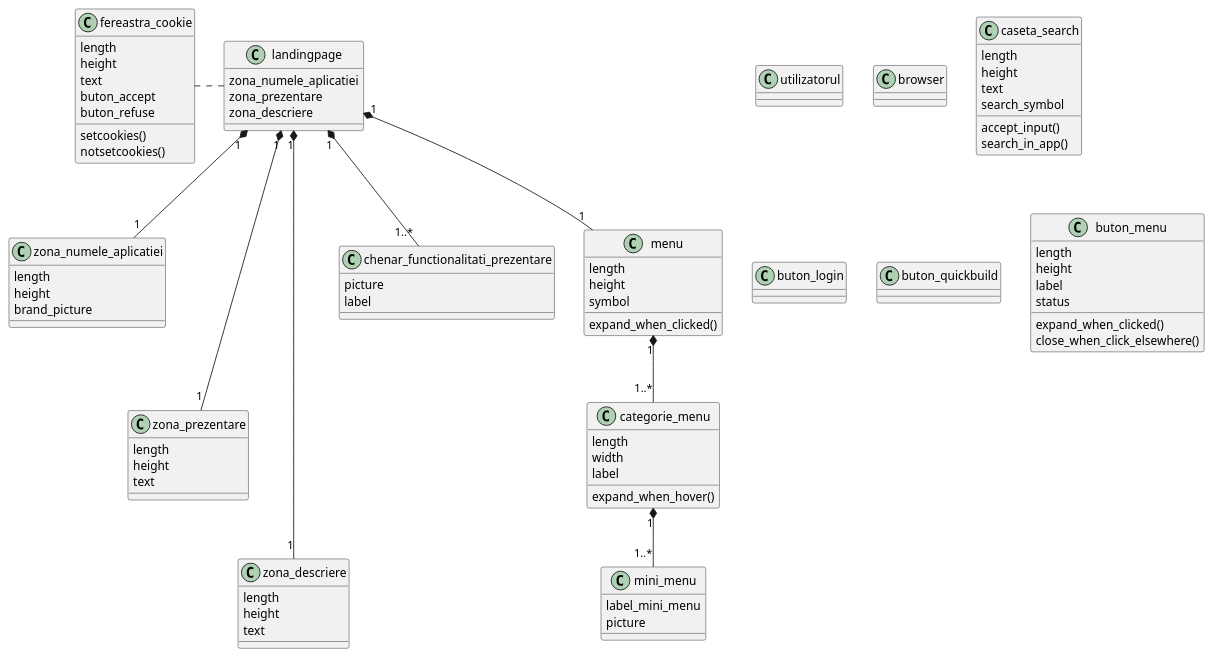
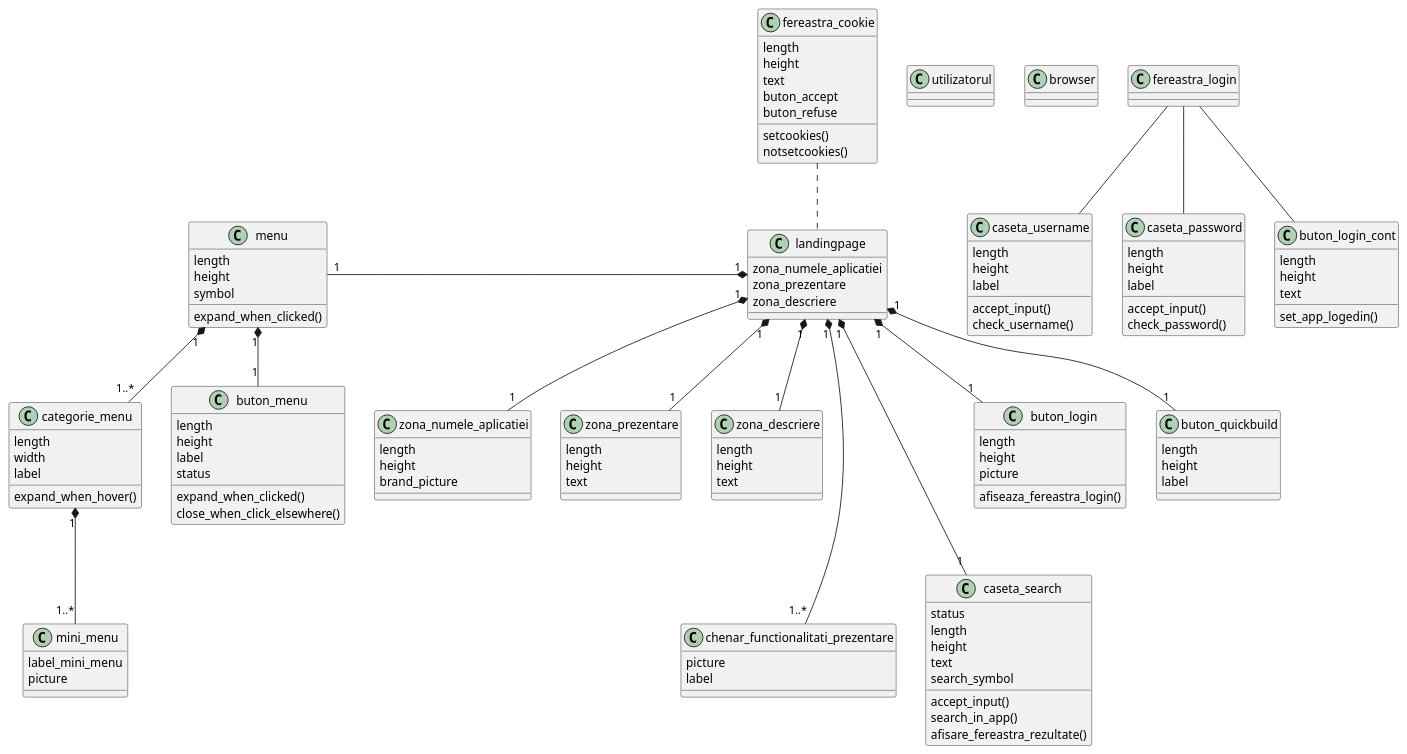
The diagram in ClassDiag2.puml (mih1tm/APP_PROTOTIP), drawn with PlantUML before and after one commit.

```diff
--- a/ClassDiag2.puml
+++ b/ClassDiag2.puml
@@ -1,119 +1,176 @@
 @startuml
 'https://plantuml.com/class-diagram
 
 class utilizatorul
 class browser
 class landingpage
 class zona_numele_aplicatiei
 class zona_prezentare
 class zona_descriere
 class fereastra_cookie
 class chenar_functionalitati_prezentare
 
 class menu
 class categorie_menu
 class mini_menu
 
 class caseta_search
 class buton_login
 class buton_quickbuild
 
-landingpage "1" *-- "1..*" chenar_functionalitati_prezentare
-landingpage ...left... fereastra_cookie
-landingpage "1" *-- "1" zona_numele_aplicatiei
-landingpage "1" *--- "1" zona_prezentare
-landingpage "1" *---- "1" zona_descriere
-landingpage "1" *-- "1" menu
+class fereastra_login
+class caseta_username
+class caseta_password
+class buton_login_cont
+
+landingpage "1" *--- "1..*" chenar_functionalitati_prezentare
+landingpage .up. fereastra_cookie
+landingpage "1" *-down- "1" zona_numele_aplicatiei
+landingpage "1" *-down- "1" zona_prezentare
+landingpage "1" *-down- "1" zona_descriere
+landingpage "1" *-left- "1" menu
+landingpage "1" *--- "1" caseta_search
+landingpage "1" *-- "1" buton_quickbuild
+landingpage "1" *-- "1" buton_login
+
+menu "1" *-- "1" buton_menu
 
 menu "1" *-- "1..*" categorie_menu
 categorie_menu "1" *-- "1..*" mini_menu
+
+fereastra_login -- caseta_password
+fereastra_login -- caseta_username
+fereastra_login -- buton_login_cont
+
 
 class landingpage
 {
 zona_numele_aplicatiei
 zona_prezentare
 zona_descriere
 }
 
 class zona_numele_aplicatiei
 {
 length
 height
 brand_picture
 }
 
 class zona_prezentare
 {
 length
 height
 text
 }
 
 class zona_descriere
 {
 length
 height
 text
 }
 
 class fereastra_cookie
 {
 length
 height
 text
 buton_accept
 buton_refuse
 setcookies()
 notsetcookies()
 }
 
 class buton_menu
 {
 length
 height
 label
 status
 expand_when_clicked()
 close_when_click_elsewhere()
 }
 
 class categorie_menu
 {
 length
 width
 label
 expand_when_hover()
 }
 
 class mini_menu
 {
 label_mini_menu
 picture
 }
 
 class menu
 {
 length
 height
 symbol
 expand_when_clicked()
 }
 
 class caseta_search
 {
+status
 length
 height
 text
 search_symbol
 accept_input()
 search_in_app()
+afisare_fereastra_rezultate()
 }
 
 class chenar_functionalitati_prezentare
 {
 picture
 label
 }
 
+class buton_login
+{
+length
+height
+picture
+afiseaza_fereastra_login()
+}
 
+class caseta_username
+{
+length
+height
+label
+accept_input()
+check_username()
+}
+
+class caseta_password
+{
+length
+height
+label
+accept_input()
+check_password()
+}
+
+class buton_login_cont
+{
+length
+height
+text
+set_app_logedin()
+}
+
+class buton_quickbuild
+{
+length
+height
+label
+
+}
 @enduml
```
